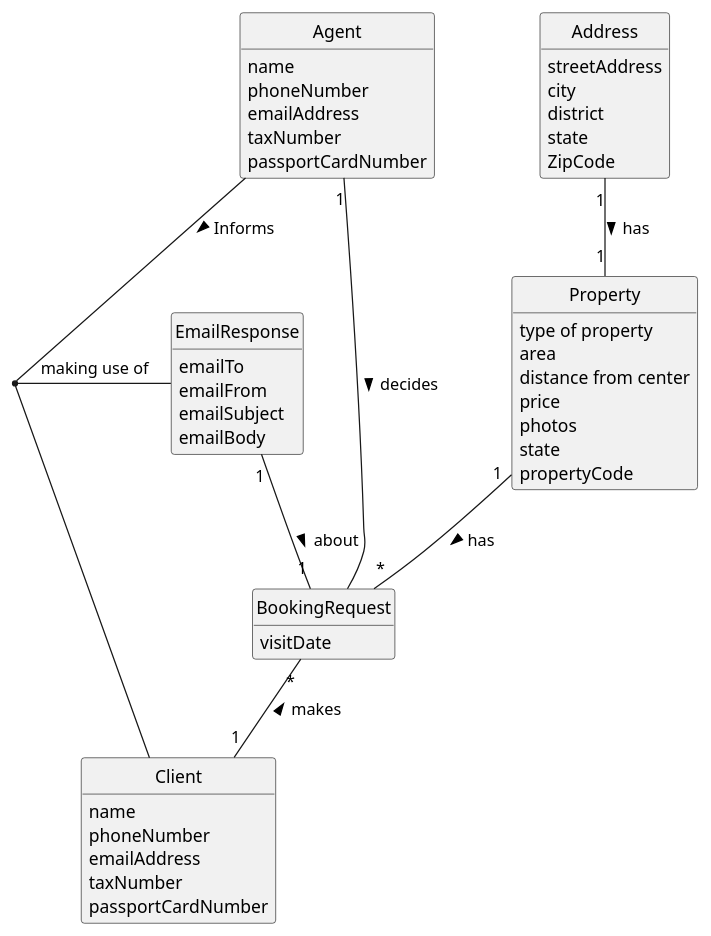
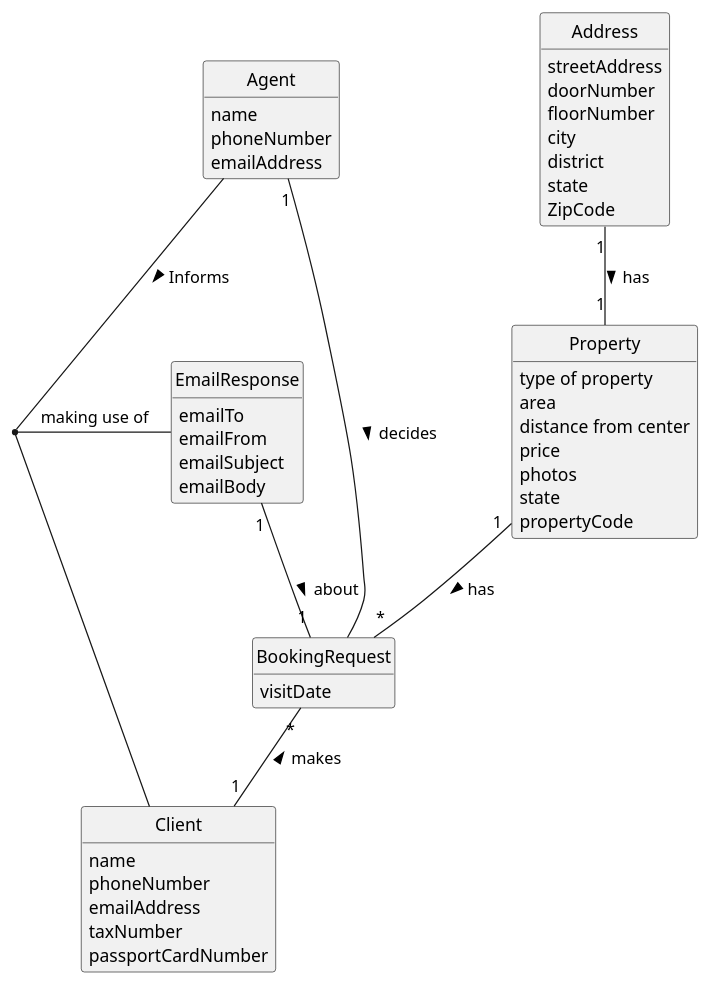
Before and after one commit to 1220812/LAPR2: the diagram in docs/sprintD/us016/02.analysis/puml/us016-domain-model.puml, drawn with PlantUML. The commit also changed 6 other files, not shown here.

Commit message:
US016- Corrected the system sequence diagram and domain model. Completed the Read Me's.

```diff
--- a/docs/sprintD/us016/02.analysis/puml/us016-domain-model.puml
+++ b/docs/sprintD/us016/02.analysis/puml/us016-domain-model.puml
@@ -1,84 +1,77 @@
 @startuml
 skinparam monochrome true
 skinparam packageStyle rectangle
 skinparam shadowing false
 
 'left to right direction
 
 skinparam classAttributeIconSize 0
 
 hide circle
 hide methods
 
 'title Domain Model
 
 'class Platform {
 '  -description
 '}
 
 class EmailResponse {
     emailTo
     emailFrom
     emailSubject
     emailBody
 }
 
 class Agent {
     name
     phoneNumber
     emailAddress
-    taxNumber
-    passportCardNumber
 }
 
 
-'class Address {
-'      streetAddress
-'      city
-'      district
-'      state
-'      ZipCode
-'}
+class Address {
+     streetAddress
+     doorNumber
+     floorNumber
+     city
+     district
+     state
+     ZipCode
+}
 
 class Client {
       name
       phoneNumber
       emailAddress
       taxNumber
       passportCardNumber
 }
 
 class Property {
        type of property
        area
        distance from center
        price
        photos
        state
        propertyCode
 
 }
 
 class BookingRequest {
     visitDate
 
 }
 
-class Address {
-      streetAddress
-      city
-      district
-      state
-      ZipCode
-}
 
 Agent -- Client: Informs >
 (Agent, Client) -- EmailResponse: making use of
 
 Property "1" -- "*" BookingRequest: has >
 EmailResponse "1" -- "1" BookingRequest: about >
 Agent "1" -- BookingRequest: decides >
 BookingRequest "*" -- "1" Client: makes <
 Address "1" -- "1" Property: has >
 
 @enduml
```
